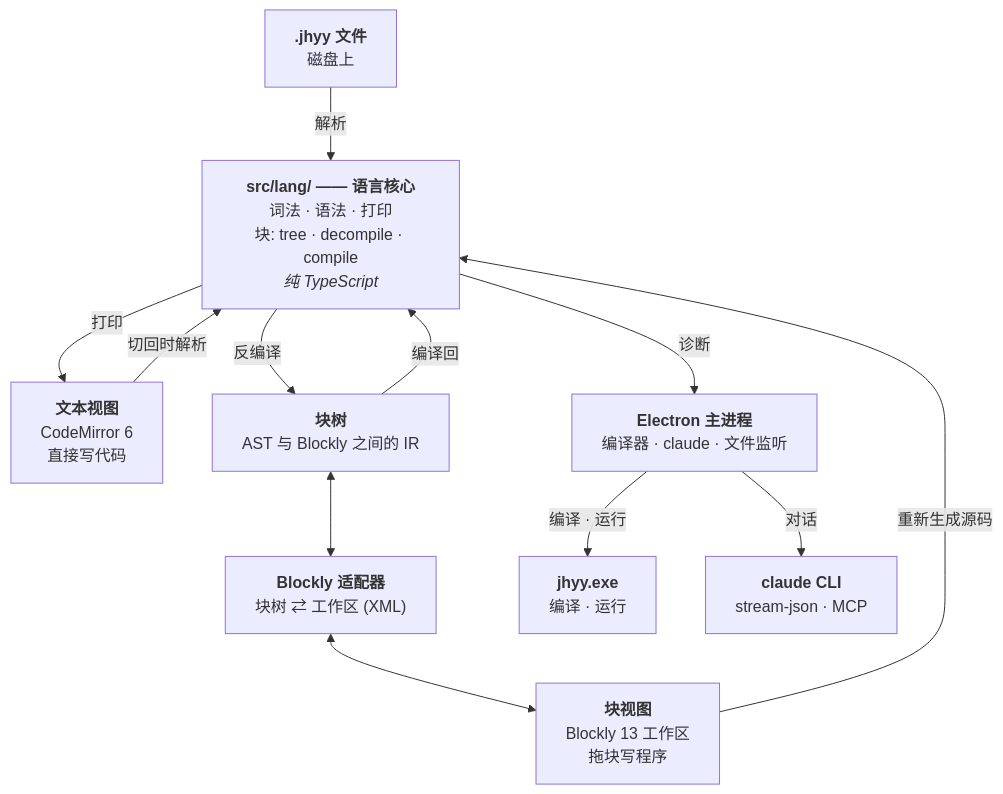
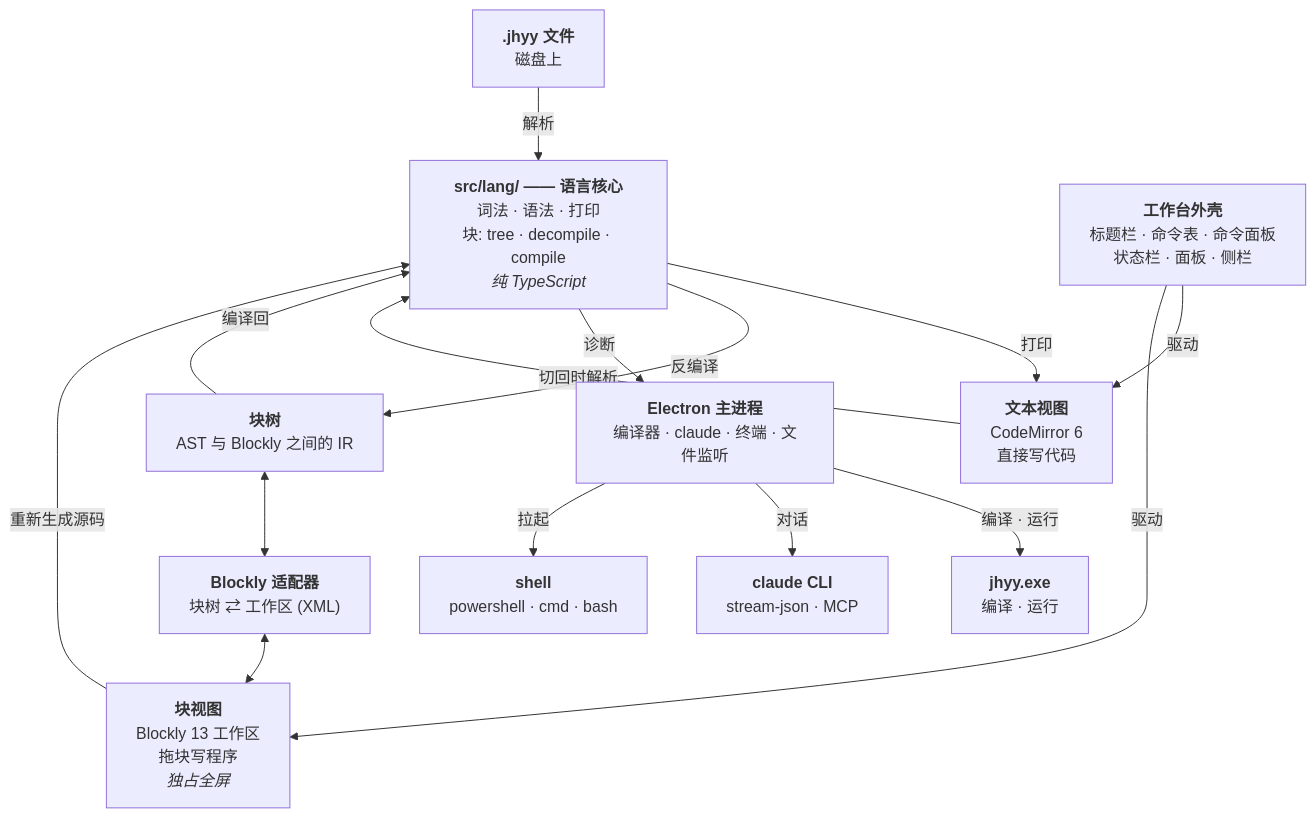
One commit to JiHuiYiYou/JiHuiYiYou-IDE changed the diagram in README.zh-CN.md. Above: the diagram before and after it, drawn with Mermaid. The commit also changed other lines of this file and 78 other files, not shown here.

````diff
--- a/README.zh-CN.md
+++ b/README.zh-CN.md
@@ -110,23 +177,28 @@
 ```mermaid
 flowchart TB
     file["<b>.jhyy 文件</b><br/>磁盘上"]
-    blocks["<b>块视图</b><br/>Blockly 13 工作区<br/>拖块写程序"]
+    blocks["<b>块视图</b><br/>Blockly 13 工作区<br/>拖块写程序<br/><i>独占全屏</i>"]
     text["<b>文本视图</b><br/>CodeMirror 6<br/>直接写代码"]
     core["<b>src/lang/ —— 语言核心</b><br/>词法 · 语法 · 打印<br/>块: tree · decompile · compile<br/><i>纯 TypeScript</i>"]
     tree["<b>块树</b><br/>AST 与 Blockly 之间的 IR"]
     adapter["<b>Blockly 适配器</b><br/>块树 ⇄ 工作区 (XML)"]
-    main["<b>Electron 主进程</b><br/>编译器 · claude · 文件监听"]
+    shell["<b>工作台外壳</b><br/>标题栏 · 命令表 · 命令面板<br/>状态栏 · 面板 · 侧栏"]
+    main["<b>Electron 主进程</b><br/>编译器 · claude · 终端 · 文件监听"]
     jhyy["<b>jhyy.exe</b><br/>编译 · 运行"]
     claude["<b>claude CLI</b><br/>stream-json · MCP"]
+    sh["<b>shell</b><br/>powershell · cmd · bash"]
 
     file -->|解析| core
     core -->|打印| text
     core -->|反编译| tree
     tree -->|编译回| core
     tree <--> adapter <--> blocks
     blocks -->|重新生成源码| core
     text -->|切回时解析| core
     core -->|诊断| main
     main -->|编译 · 运行| jhyy
     main -->|对话| claude
+    main -->|拉起| sh
+    shell -->|驱动| text
+    shell -->|驱动| blocks
 ```
````
